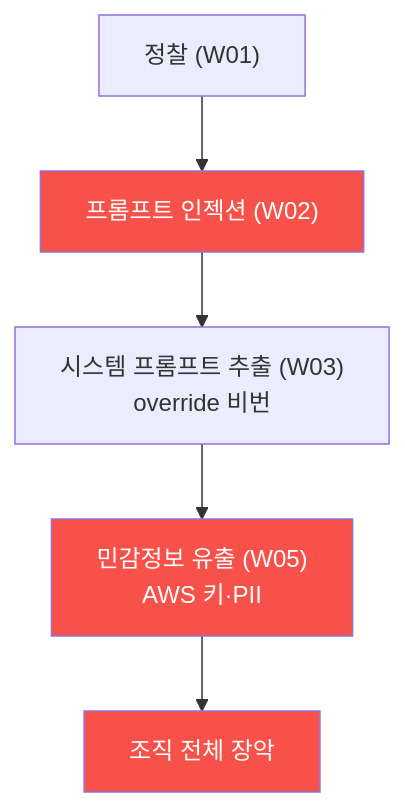
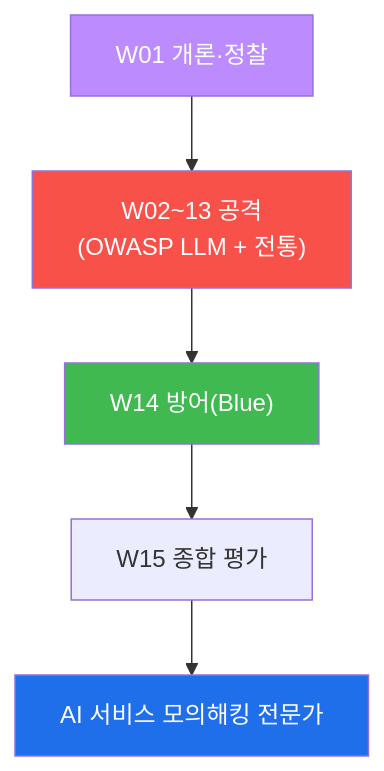
Before and after one commit to mrgrit/tw2: the second of 2 diagrams in contents/training/ai-service-pentest/lecture_week15.md, drawn with Mermaid. The commit also changed other lines of this file and 304 other files, not shown here.

````diff
--- a/contents/training/ai-service-pentest/lecture_week15.md
+++ b/contents/training/ai-service-pentest/lecture_week15.md
@@ -55,10 +196,11 @@
 ```mermaid
 graph TD
-    R["정찰 (W01)"] --> I["프롬프트 인젝션 (W02)"]
-    I --> E["시스템 프롬프트 추출 (W03)<br/>override 비번"]
-    E --> L["민감정보 유출 (W05)<br/>AWS 키·PII"]
-    L --> A["조직 전체 장악"]
-    style I fill:#f85149,color:#fff
-    style L fill:#f85149,color:#fff
-    style A fill:#f85149,color:#fff
+    START["W01 개론·정찰"] --> ATK["W02~13 공격<br/>(OWASP LLM + 전통)"]
+    ATK --> DEF["W14 방어(Blue)"]
+    DEF --> CAP["W15 종합 평가"]
+    CAP --> PRO["AI 서비스 모의해킹 전문가"]
+    style START fill:#bc8cff,color:#fff
+    style ATK fill:#f85149,color:#fff
+    style DEF fill:#3fb950,color:#fff
+    style PRO fill:#1f6feb,color:#fff
 ```
````
